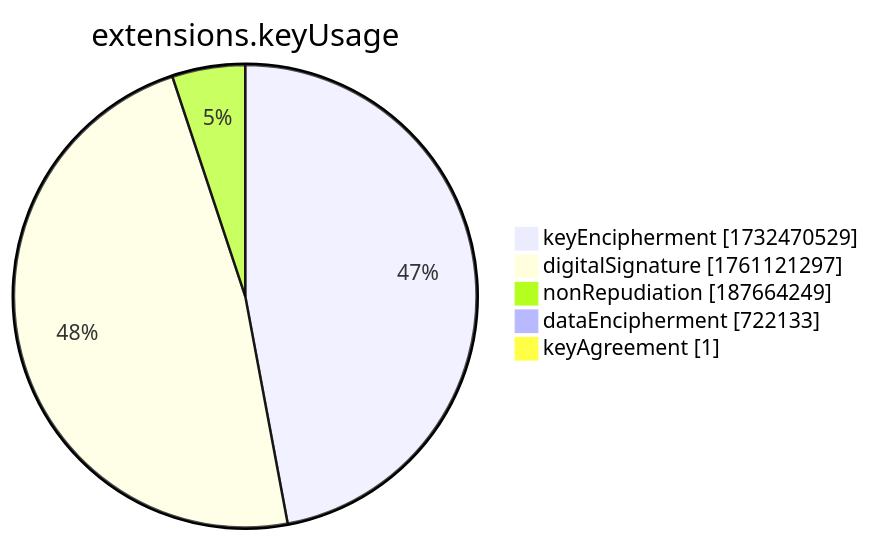
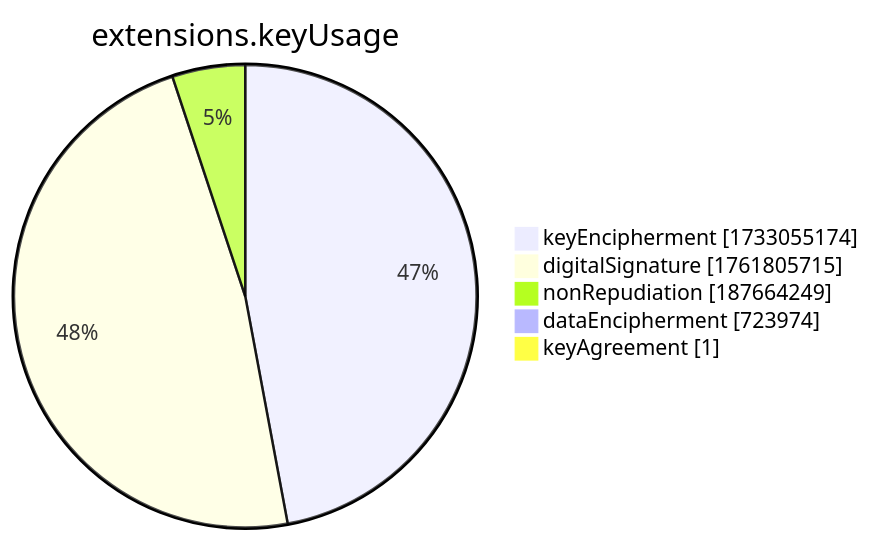
The seventh of 15 diagrams in xenon2022/README.md (christiankrug/ctmonitor_visualization), drawn with Mermaid before and after one commit. The commit also changed other lines of this file, not shown here.

````diff
--- a/xenon2022/README.md
+++ b/xenon2022/README.md
@@ -2859,9 +2859,9 @@
 ```mermaid
 pie showData
 title extensions.keyUsage
-"keyEncipherment" :1732470529
-"digitalSignature" :1761121297
+"keyEncipherment" :1733055174
+"digitalSignature" :1761805715
 "nonRepudiation" :187664249
-"dataEncipherment" :722133
+"dataEncipherment" :723974
 "keyAgreement" :1
 ```
````
